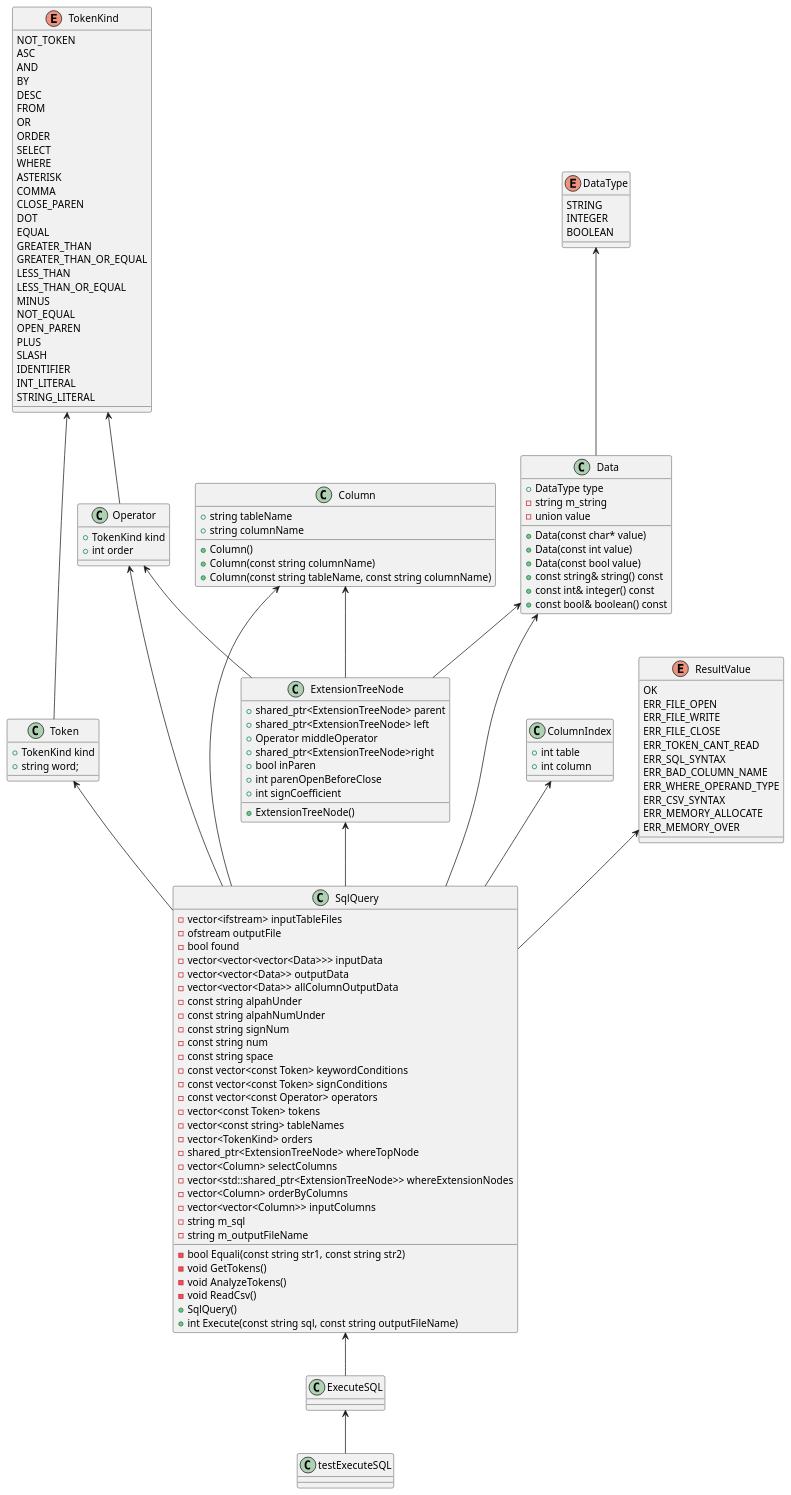
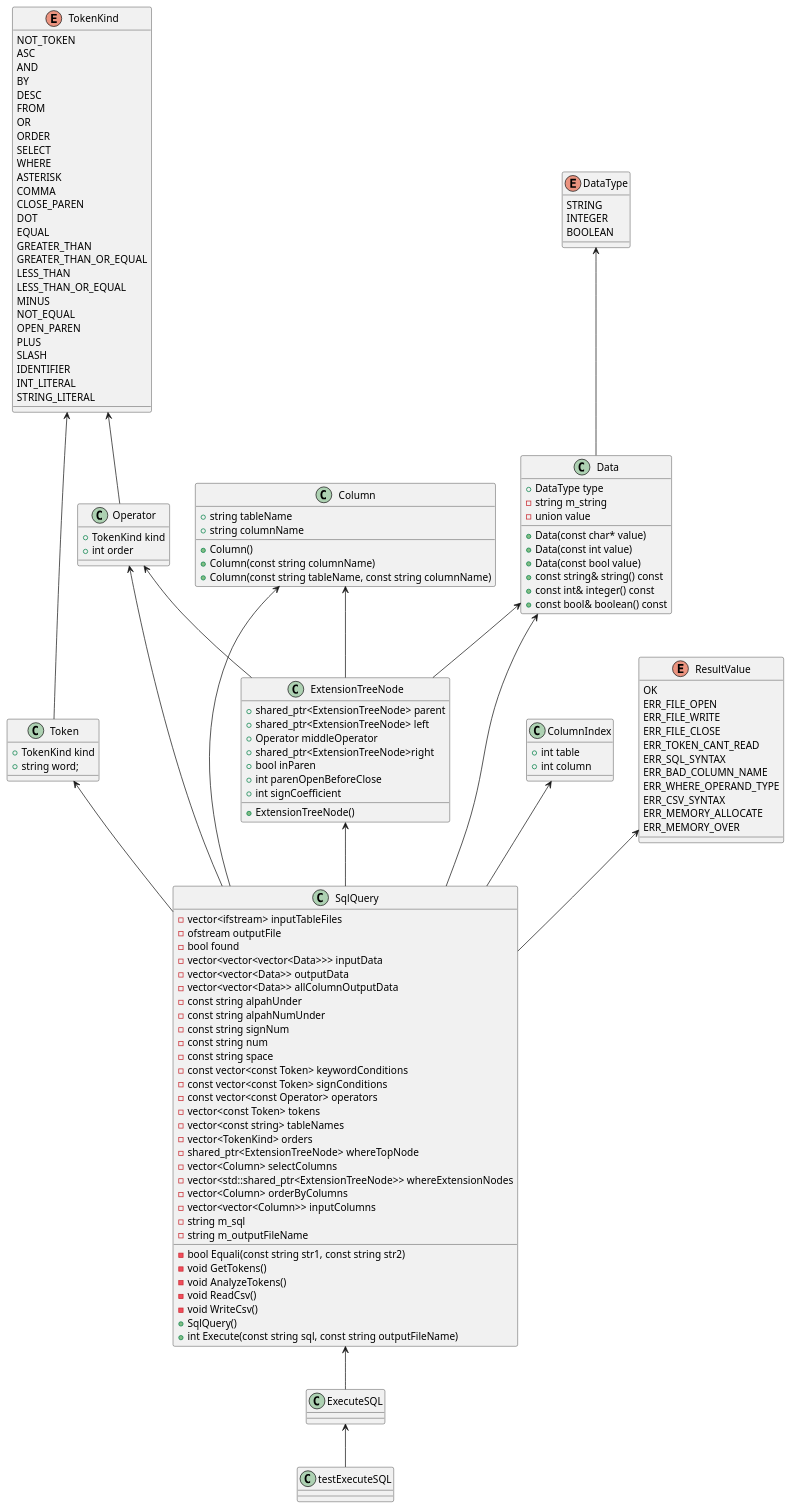
The diagram in ExecuteSQL.pu (yotten/TinySQL), drawn with PlantUML before and after one commit. The commit also changed 2 other files, not shown here.

Commit message:
130.WriteCsvメソッドを切り分ける
[----------] Global test environment tear-down
[==========] 213 tests from 1 test case ran. (5658 ms total)
[  PASSED  ] 213 tests.

```diff
--- a/ExecuteSQL.pu
+++ b/ExecuteSQL.pu
@@ -1,143 +1,144 @@
 @startuml
 
 class testExecuteSQL {}
 class SqlQuery {
 	-vector<ifstream> inputTableFiles
 	-ofstream outputFile
 	-bool found
 	-vector<vector<vector<Data>>> inputData
 	-vector<vector<Data>> outputData
 	-vector<vector<Data>> allColumnOutputData	
 	-const string alpahUnder
 	-const string alpahNumUnder
 	-const string signNum
 	-const string num
 	-const string space
 	-const vector<const Token> keywordConditions
 	-const vector<const Token> signConditions
 	-const vector<const Operator> operators
 	-vector<const Token> tokens
 	-vector<const string> tableNames
 	-vector<TokenKind> orders
 	-shared_ptr<ExtensionTreeNode> whereTopNode
 	-vector<Column> selectColumns
 	-vector<std::shared_ptr<ExtensionTreeNode>> whereExtensionNodes
 	-vector<Column> orderByColumns
 	-vector<vector<Column>> inputColumns
 	-string m_sql
 	-string m_outputFileName
 	-bool Equali(const string str1, const string str2)
 	-void GetTokens()
 	-void AnalyzeTokens()
 	-void ReadCsv()
+	-void WriteCsv()
 	+SqlQuery()
 	+int Execute(const string sql, const string outputFileName)
 }
 class ExecuteSQL {
 	
 }
 
 class Data {
     +DataType type
 	-string m_string
 	-union value
 	+Data(const char* value)
 	+Data(const int value)
 	+Data(const bool value)
 	+const string& string() const
 	+const int& integer() const
 	+const bool& boolean() const
 }
 class Operator{
     +TokenKind kind
     +int order
 }
 class Token{
     +TokenKind kind
     +string word;
 }
 class ExtensionTreeNode{
 	+shared_ptr<ExtensionTreeNode> parent
 	+shared_ptr<ExtensionTreeNode> left
 	+Operator middleOperator
 	+shared_ptr<ExtensionTreeNode>right
 	+bool inParen
 	+int parenOpenBeforeClose
 	+int signCoefficient
 	+ExtensionTreeNode()
 }
 class ColumnIndex{
     +int table
     +int column
 }
 class Column{
     +string tableName
     +string columnName
     +Column()
     +Column(const string columnName)
     +Column(const string tableName, const string columnName)
 }
 enum DataType{
    	STRING
 	INTEGER
 	BOOLEAN
 }
 enum TokenKind{
     NOT_TOKEN
 	ASC
 	AND
 	BY
 	DESC
 	FROM
 	OR
 	ORDER
 	SELECT
 	WHERE
 	ASTERISK
 	COMMA
 	CLOSE_PAREN
 	DOT
 	EQUAL
 	GREATER_THAN
 	GREATER_THAN_OR_EQUAL
 	LESS_THAN
 	LESS_THAN_OR_EQUAL
 	MINUS
 	NOT_EQUAL
 	OPEN_PAREN
 	PLUS
 	SLASH
 	IDENTIFIER
 	INT_LITERAL
 	STRING_LITERAL
 }
 enum ResultValue{
     OK
 	ERR_FILE_OPEN
 	ERR_FILE_WRITE
 	ERR_FILE_CLOSE
 	ERR_TOKEN_CANT_READ
 	ERR_SQL_SYNTAX
 	ERR_BAD_COLUMN_NAME
 	ERR_WHERE_OPERAND_TYPE
 	ERR_CSV_SYNTAX
 	ERR_MEMORY_ALLOCATE
 	ERR_MEMORY_OVER
 }
 
 ExecuteSQL <-- testExecuteSQL
 SqlQuery <-- ExecuteSQL
 Data <-- SqlQuery
 Operator <-- SqlQuery
 Token <-- SqlQuery
 ExtensionTreeNode <-- SqlQuery
 ColumnIndex <-- SqlQuery
 Column <-- SqlQuery
 ResultValue <-- SqlQuery
 DataType <-- Data
 TokenKind <-- Token
 TokenKind <-- Operator
 Operator <-- ExtensionTreeNode
 Column <-- ExtensionTreeNode
 Data <-- ExtensionTreeNode
 @enduml
```
